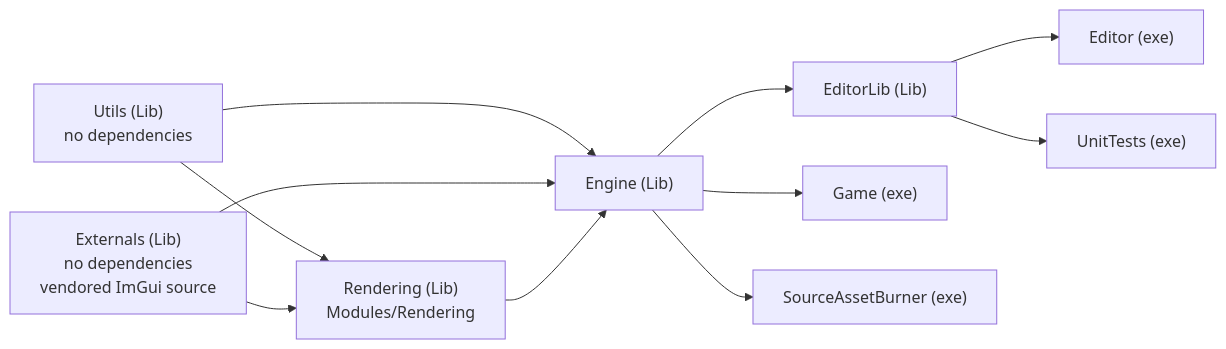
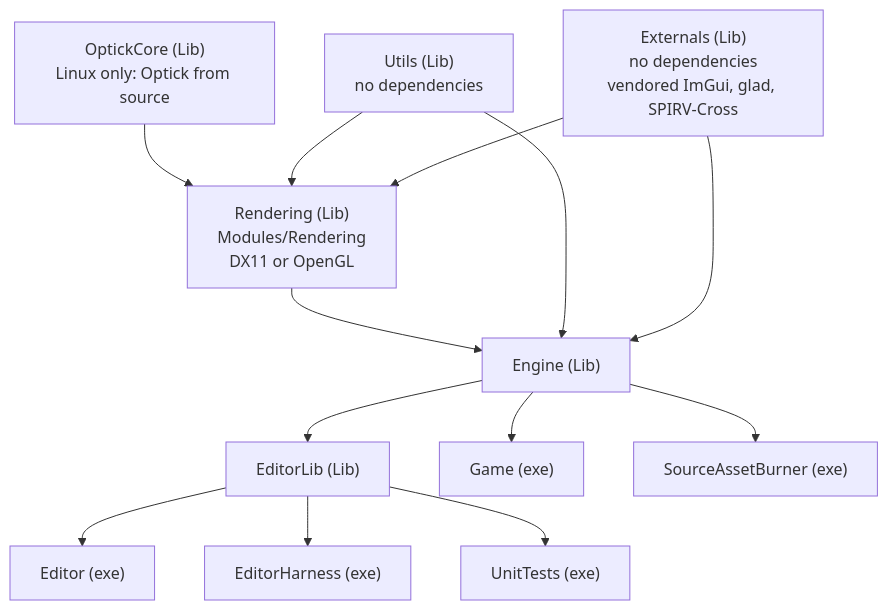
One commit to b1nary0/RZE changed the diagram in Docs/Generated/Engine/02-Architecture/Module-Dependency-Graph.md. Above: the diagram before and after it, drawn with Mermaid. The commit also changed other lines of this file and 4 other files, not shown here.

````diff
--- a/Docs/Generated/Engine/02-Architecture/Module-Dependency-Graph.md
+++ b/Docs/Generated/Engine/02-Architecture/Module-Dependency-Graph.md
@@ -7,24 +7,28 @@
 ```mermaid
 %%{init: {'flowchart': {'subGraphTitleMargin': {'top': 6, 'bottom': 10}}, 'themeCSS': '.labelBkg, .edgeLabel { background-color: var(--background-primary) !important; } .messageText, .labelText, .loopText { paint-order: stroke; stroke: var(--background-primary); stroke-width: 5px; stroke-linejoin: round; }'}}%%
-graph LR
+flowchart TD
+    Optick["OptickCore (Lib)<br/>Linux only: Optick from source"]
     Utils["Utils (Lib)<br/>no dependencies"]
-    Externals["Externals (Lib)<br/>no dependencies<br/>vendored ImGui source"]
-    Rendering["Rendering (Lib)<br/>Modules/Rendering"]
+    Externals["Externals (Lib)<br/>no dependencies<br/>vendored ImGui, glad, SPIRV-Cross"]
+    Rendering["Rendering (Lib)<br/>Modules/Rendering<br/>DX11 or OpenGL"]
     Engine["Engine (Lib)"]
     EditorLib["EditorLib (Lib)"]
     Editor["Editor (exe)"]
+    Harness["EditorHarness (exe)"]
     Tests["UnitTests (exe)"]
     Game["Game (exe)"]
     SAB["SourceAssetBurner (exe)"]
 
+    Optick --> Rendering
     Utils --> Rendering
     Externals --> Rendering
+    Rendering --> Engine
     Utils --> Engine
     Externals --> Engine
-    Rendering --> Engine
     Engine --> EditorLib
     EditorLib --> Editor
+    EditorLib --> Harness
     EditorLib --> Tests
     Engine --> Game
     Engine --> SAB
 ```
````
